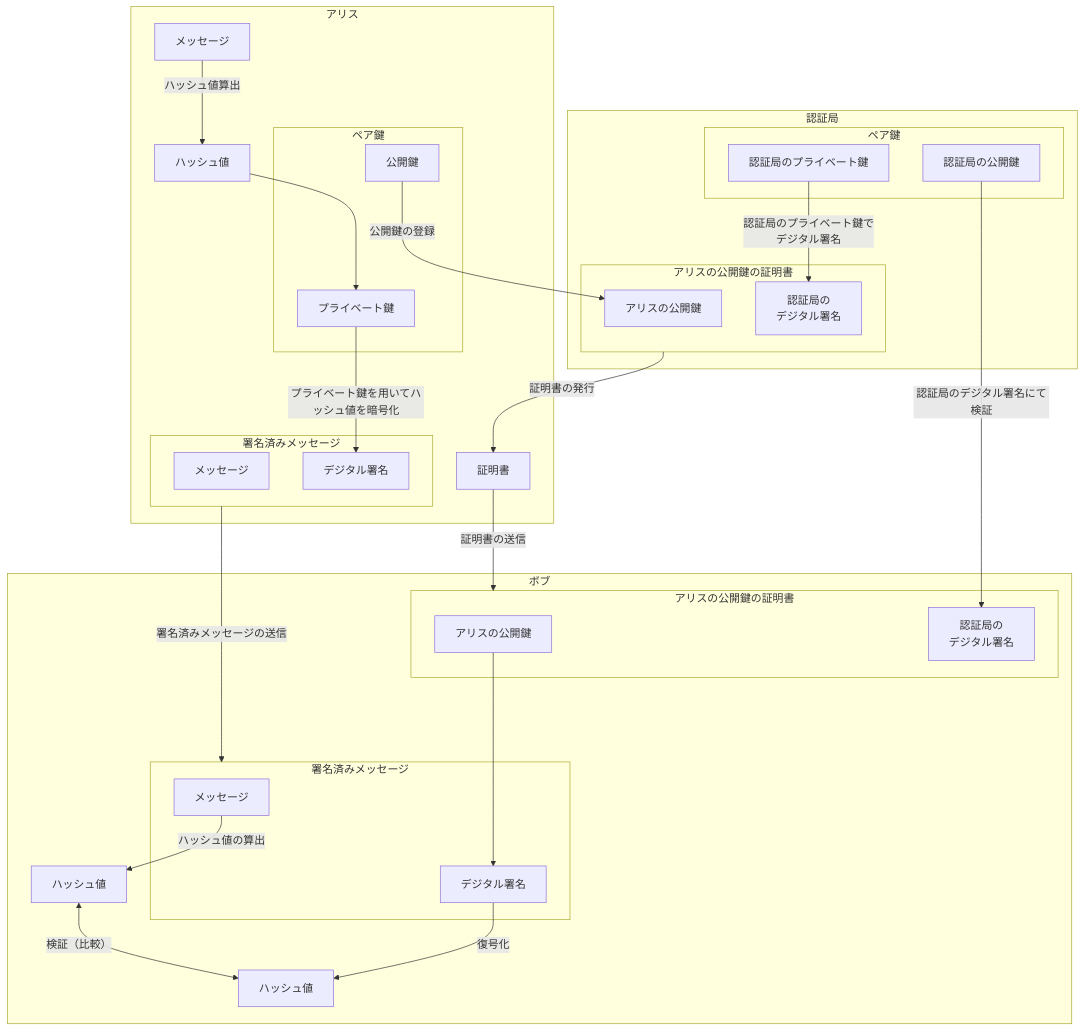
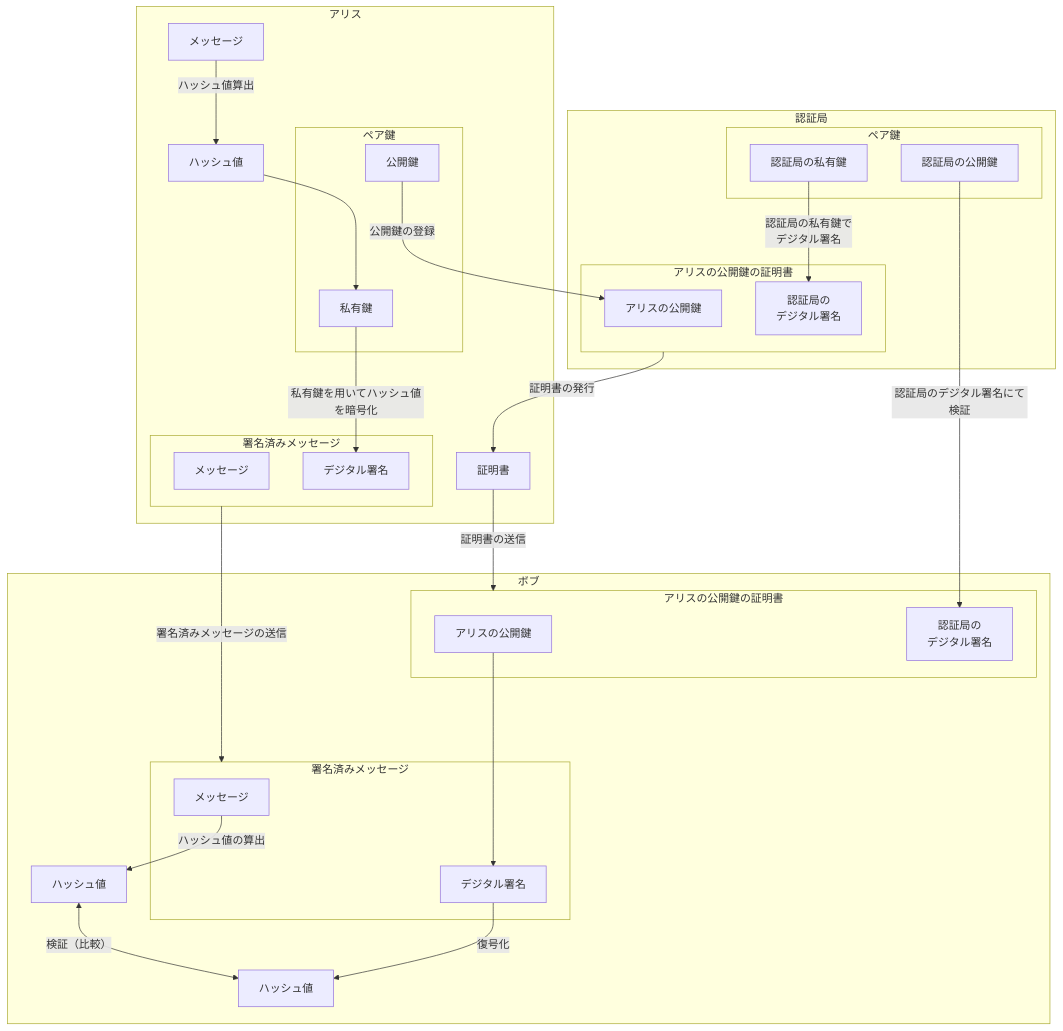
Before and after one commit to shuji-bonji/Notes-about-Digital-Signatures-and-Timestamps: the third of 4 diagrams in PublicKeyCertificate.md, drawn with Mermaid. The commit also changed other lines of this file and 7 other files, not shown here.

````diff
--- a/PublicKeyCertificate.md
+++ b/PublicKeyCertificate.md
@@ -115,51 +115,51 @@
 ```mermaid
 graph TB
     subgraph alice["アリス"]
         subgraph A_pairKey["ペア鍵"]
             A_pubKey["公開鍵"]
-            A_priKey["プライベート鍵"]
+            A_priKey["私有鍵"]
         end
         subgraph A_signed_msg["署名済みメッセージ"]
             _A_msg["メッセージ"]
             A_sign["デジタル署名"]
         end
         A_cert_in_A["証明書"]
         A_msg["メッセージ"] --ハッシュ値算出--> A_hash["ハッシュ値"]
         A_hash --> A_priKey
-        A_priKey --プライベート鍵を用いてハッシュ値を暗号化--> A_sign["デジタル署名"]
+        A_priKey --私有鍵を用いてハッシュ値を暗号化--> A_sign["デジタル署名"]
     end
 
 
     subgraph auth["認証局"]
         subgraph Auth_pairKey["ペア鍵"]
-            Auth_prikey["認証局のプライベート鍵"]
+            Auth_prikey["認証局の私有鍵"]
             Auth_pubkey["認証局の公開鍵"]
         end
         subgraph A_cert["アリスの公開鍵の証明書"]
           A_pubKey_in_Auth["アリスの公開鍵"]
           Auth_sign["認証局の<br>デジタル署名"]
         end
-        Auth_prikey --認証局のプライベート鍵で<br>デジタル署名--> Auth_sign
+        Auth_prikey --認証局の私有鍵で<br>デジタル署名--> Auth_sign
     end
 
     subgraph bob["ボブ"]
         subgraph A_signed_msg_in_B["署名済みメッセージ"]
             A_msg_in_signed["メッセージ"]
             A_sign_in_signed["デジタル署名"]
         end
         subgraph A_cert_in_B["アリスの公開鍵の証明書"]
           A_pubKey_in_cert_B["アリスの公開鍵"]
           Auth_sign_in_cert_B["認証局の<br>デジタル署名"]
         end
         A_msg_in_signed --ハッシュ値の算出--> B_hash["ハッシュ値"]
         A_pubKey_in_cert_B ----> A_sign_in_signed
         A_sign_in_signed --復号化-->  A_hash_in_B["ハッシュ値"]
         B_hash <--検証（比較）--> A_hash_in_B
     end
 
     A_pubKey --公開鍵の登録--> A_pubKey_in_Auth
     A_cert --証明書の発行--> A_cert_in_A
     A_cert_in_A --証明書の送信--> A_cert_in_B
     A_signed_msg --署名済みメッセージの送信--> A_signed_msg_in_B
     Auth_pubkey --認証局のデジタル署名にて検証--> Auth_sign_in_cert_B
 ```
````
